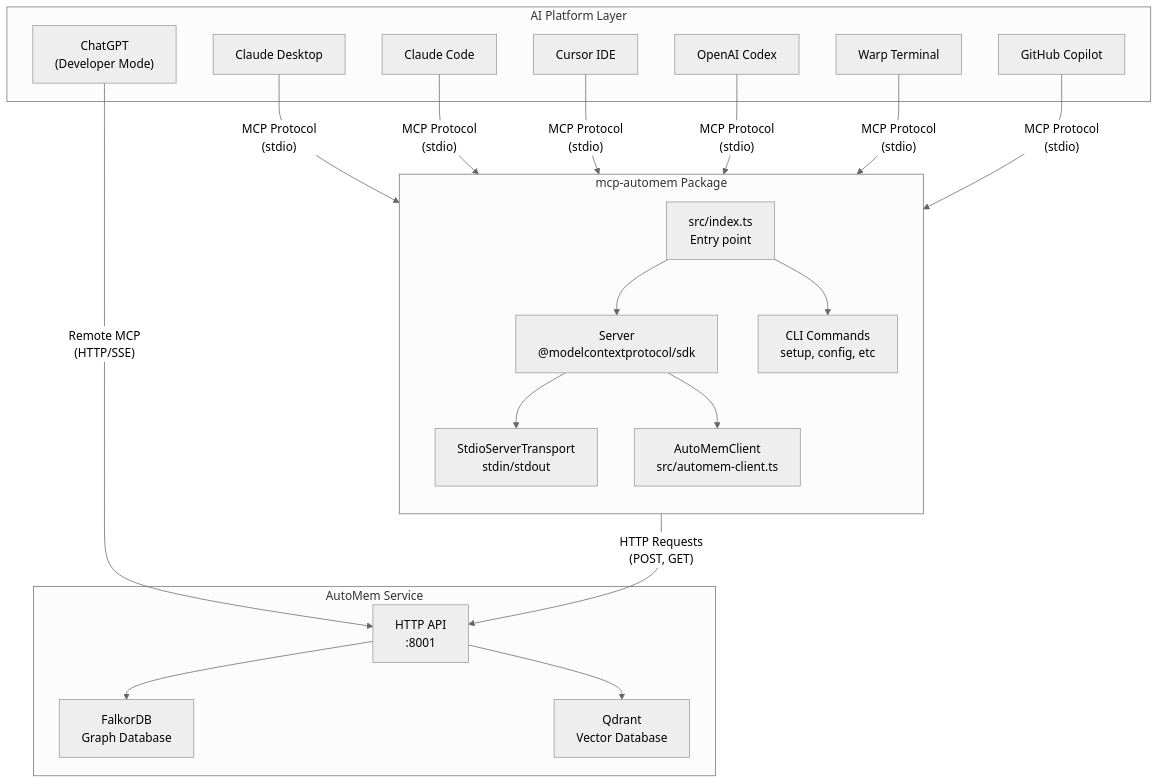
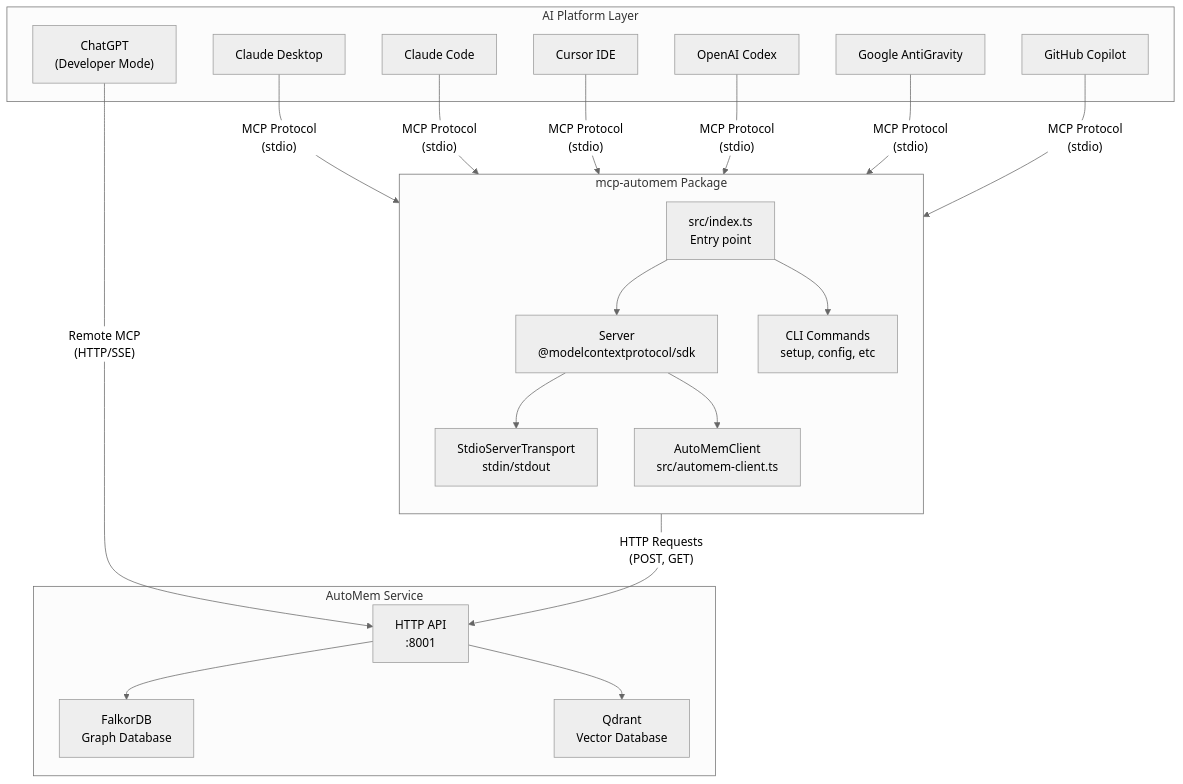
Before and after one commit to verygoodplugins/automem-website: the second of 6 diagrams in src/content/docs/docs/overview.md, drawn with Mermaid (neutral theme). The commit also changed other lines of this file and 21 other files, not shown here.

````diff
--- a/src/content/docs/docs/overview.md
+++ b/src/content/docs/docs/overview.md
@@ -91,45 +91,45 @@
 ```mermaid
 graph TB
     subgraph AI_Platforms["AI Platform Layer"]
         CD["Claude Desktop"]
         CC["Claude Code"]
         CUR["Cursor IDE"]
         COD["OpenAI Codex"]
-        WARP["Warp Terminal"]
+        AG["Google AntiGravity"]
         CGIT["GitHub Copilot"]
         CGP["ChatGPT<br/>(Developer Mode)"]
     end
 
     subgraph MCP_Package["mcp-automem Package"]
         direction TB
         INDEX["src/index.ts<br/>Entry point"]
         SERVER["Server<br/>@modelcontextprotocol/sdk"]
         STDIO["StdioServerTransport<br/>stdin/stdout"]
         CLIENT["AutoMemClient<br/>src/automem-client.ts"]
         CLI["CLI Commands<br/>setup, config, etc"]
 
         INDEX --> SERVER
         INDEX --> CLI
         SERVER --> STDIO
         SERVER --> CLIENT
     end
 
     subgraph AutoMem_Service["AutoMem Service"]
         API["HTTP API<br/>:8001"]
         FDB["FalkorDB<br/>Graph Database"]
         QDR["Qdrant<br/>Vector Database"]
 
         API --> FDB
         API --> QDR
     end
 
     CD -->|"MCP Protocol<br/>(stdio)"| SERVER
     CC -->|"MCP Protocol<br/>(stdio)"| SERVER
     CUR -->|"MCP Protocol<br/>(stdio)"| SERVER
     COD -->|"MCP Protocol<br/>(stdio)"| SERVER
-    WARP -->|"MCP Protocol<br/>(stdio)"| SERVER
+    AG -->|"MCP Protocol<br/>(stdio)"| SERVER
     CGIT -->|"MCP Protocol<br/>(stdio)"| SERVER
     CGP -->|"Remote MCP<br/>(HTTP/SSE)"| API
 
     CLIENT -->|"HTTP Requests<br/>(POST, GET)"| API
 ```
````
